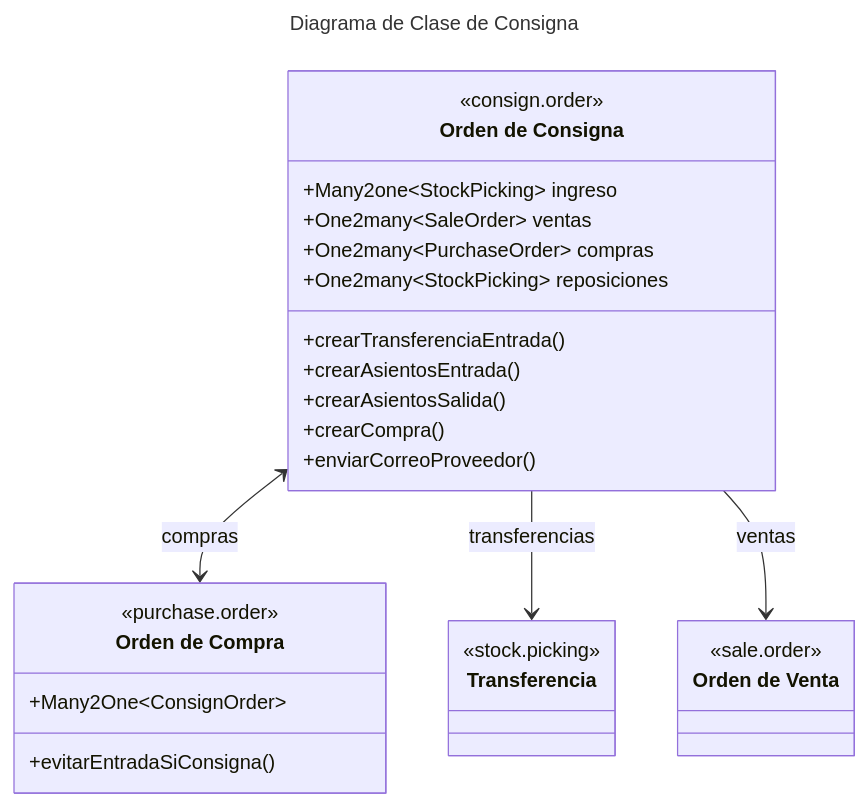
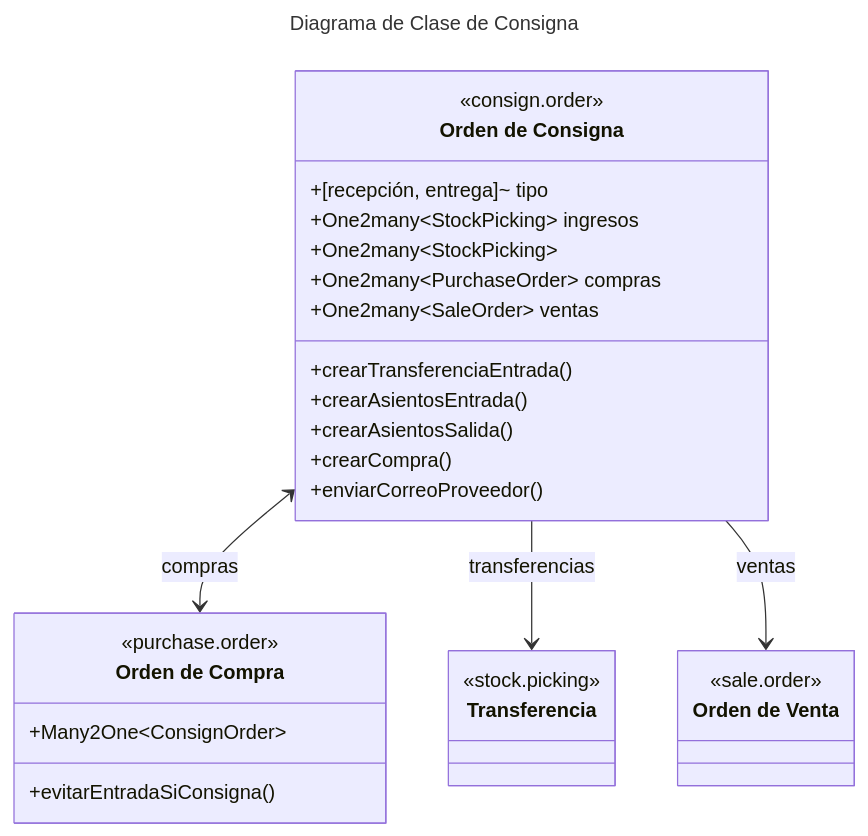
Before and after one commit to aarias-vgm/proyectos-vg: the second of 3 diagrams in consigna.md, drawn with Mermaid. The commit also changed other lines of this file and 1 other file, not shown here.

````diff
--- a/consigna.md
+++ b/consigna.md
@@ -21,42 +56,43 @@
 ```mermaid
 ---
 title: Diagrama de Clase de Consigna
 ---
 classDiagram
    direction TB
 
    class consign["Orden de Consigna"]
    class consign {
       <<consign.order>>
-      +Many2one~StockPicking~ ingreso
+      +[recepción, entrega]~ tipo
+      +One2many~StockPicking~ ingresos
+      +One2many~StockPicking~ 
+      +One2many~PurchaseOrder~ compras
       +One2many~SaleOrder~ ventas
-      +One2many~PurchaseOrder~ compras
-      +One2many~StockPicking~ reposiciones
       +crearTransferenciaEntrada()
       +crearAsientosEntrada()
       +crearAsientosSalida()
       +crearCompra()
       +enviarCorreoProveedor()
    }
 
    class purchase["Orden de Compra"]
    class purchase {
       <<purchase.order>>
       +Many2One~ConsignOrder~
       +evitarEntradaSiConsigna()
    }
 
    class picking["Transferencia"]
    class picking {
       <<stock.picking>>
    }
 
    class sale["Orden de Venta"]
    class sale {
       <<sale.order>>
    }
 
    consign <--> purchase : compras
    consign --> picking : transferencias
    consign --> sale : ventas
 ```
````
